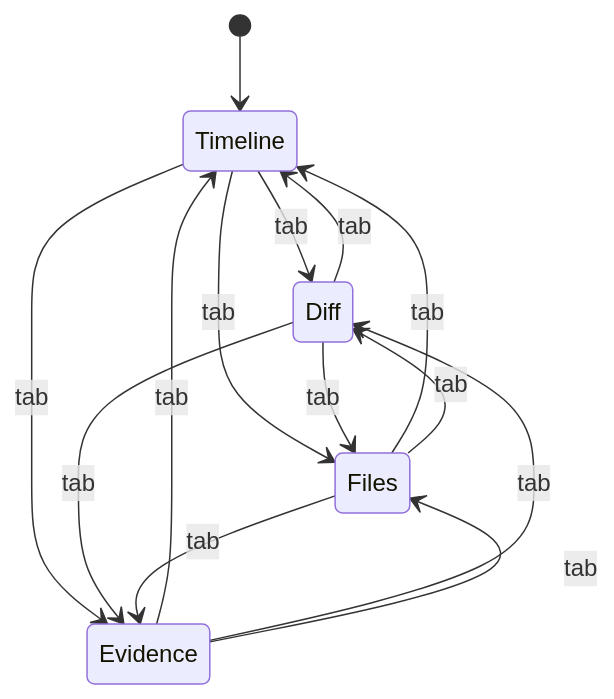
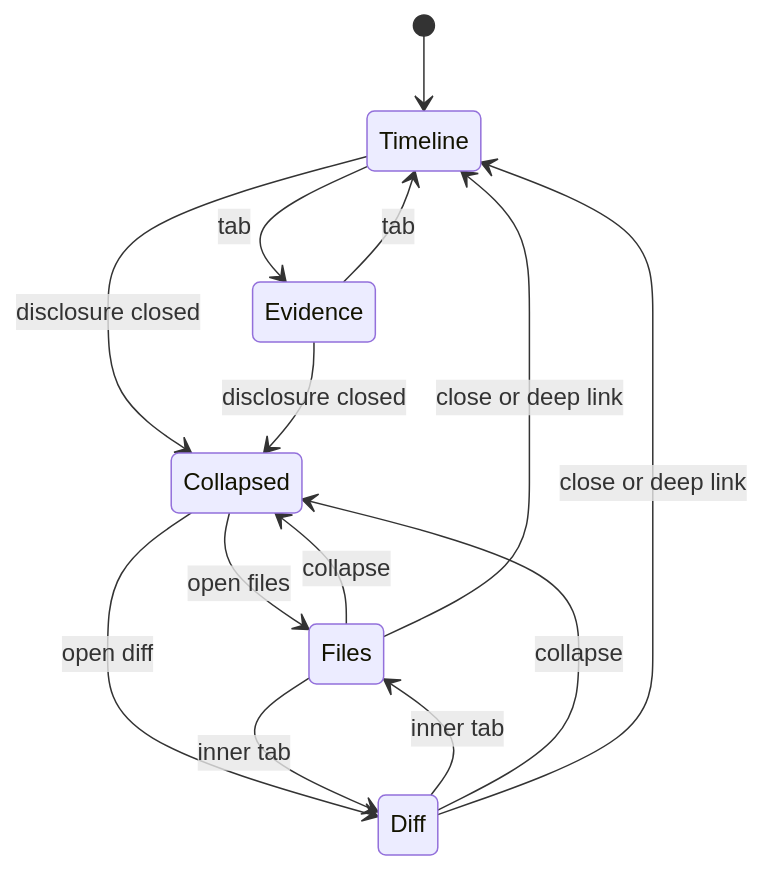
Before and after one commit to maister-dev/maister: the second of 2 diagrams in docs/screens/runs/workbench.md, drawn with Mermaid. The commit also changed other lines of this file and 27 other files, not shown here.

````diff
--- a/docs/screens/runs/workbench.md
+++ b/docs/screens/runs/workbench.md
@@ -118,16 +128,16 @@
 ```mermaid
 stateDiagram-v2
     [*] --> Timeline
-    Timeline --> Diff: tab
-    Timeline --> Files: tab
     Timeline --> Evidence: tab
-    Diff --> Timeline: tab
-    Diff --> Files: tab
-    Diff --> Evidence: tab
-    Files --> Timeline: tab
-    Files --> Diff: tab
-    Files --> Evidence: tab
     Evidence --> Timeline: tab
-    Evidence --> Diff: tab
-    Evidence --> Files: tab
+    Timeline --> Collapsed: disclosure closed
+    Evidence --> Collapsed: disclosure closed
+    Collapsed --> Files: open files
+    Collapsed --> Diff: open diff
+    Files --> Diff: inner tab
+    Diff --> Files: inner tab
+    Files --> Collapsed: collapse
+    Diff --> Collapsed: collapse
+    Files --> Timeline: close or deep link
+    Diff --> Timeline: close or deep link
 ```
````
